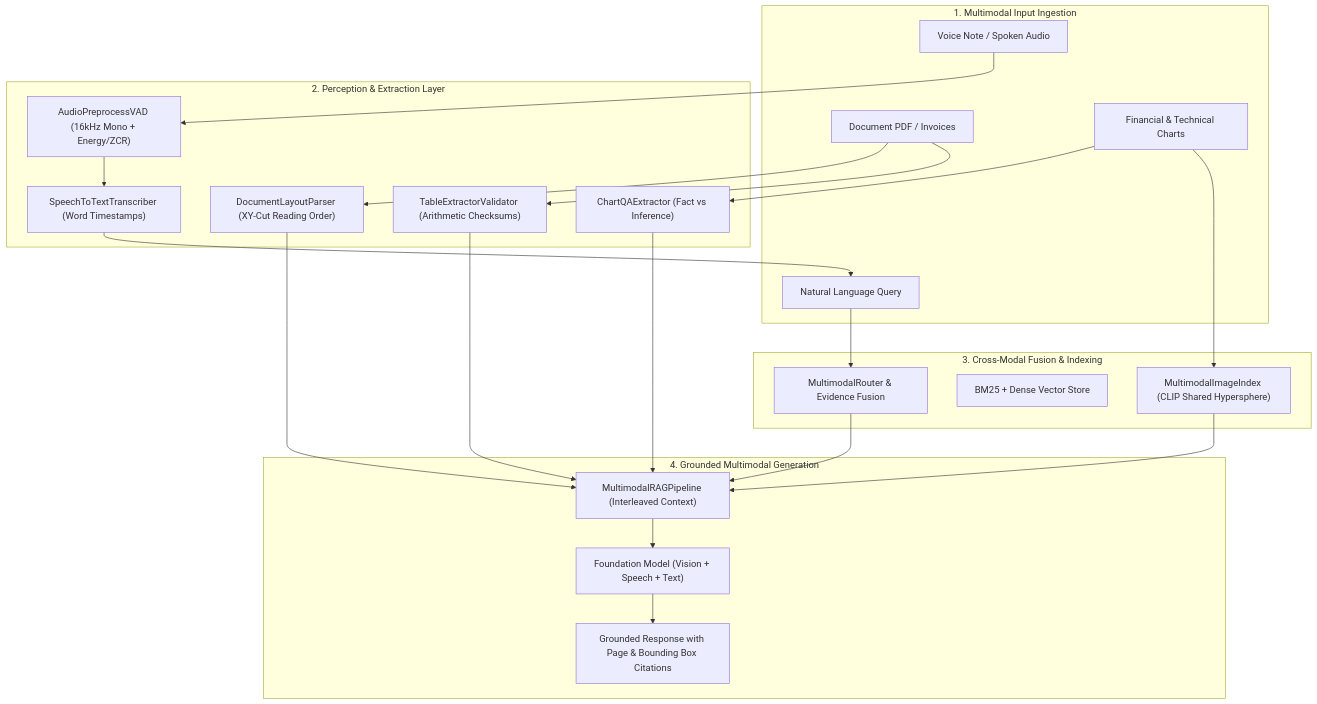
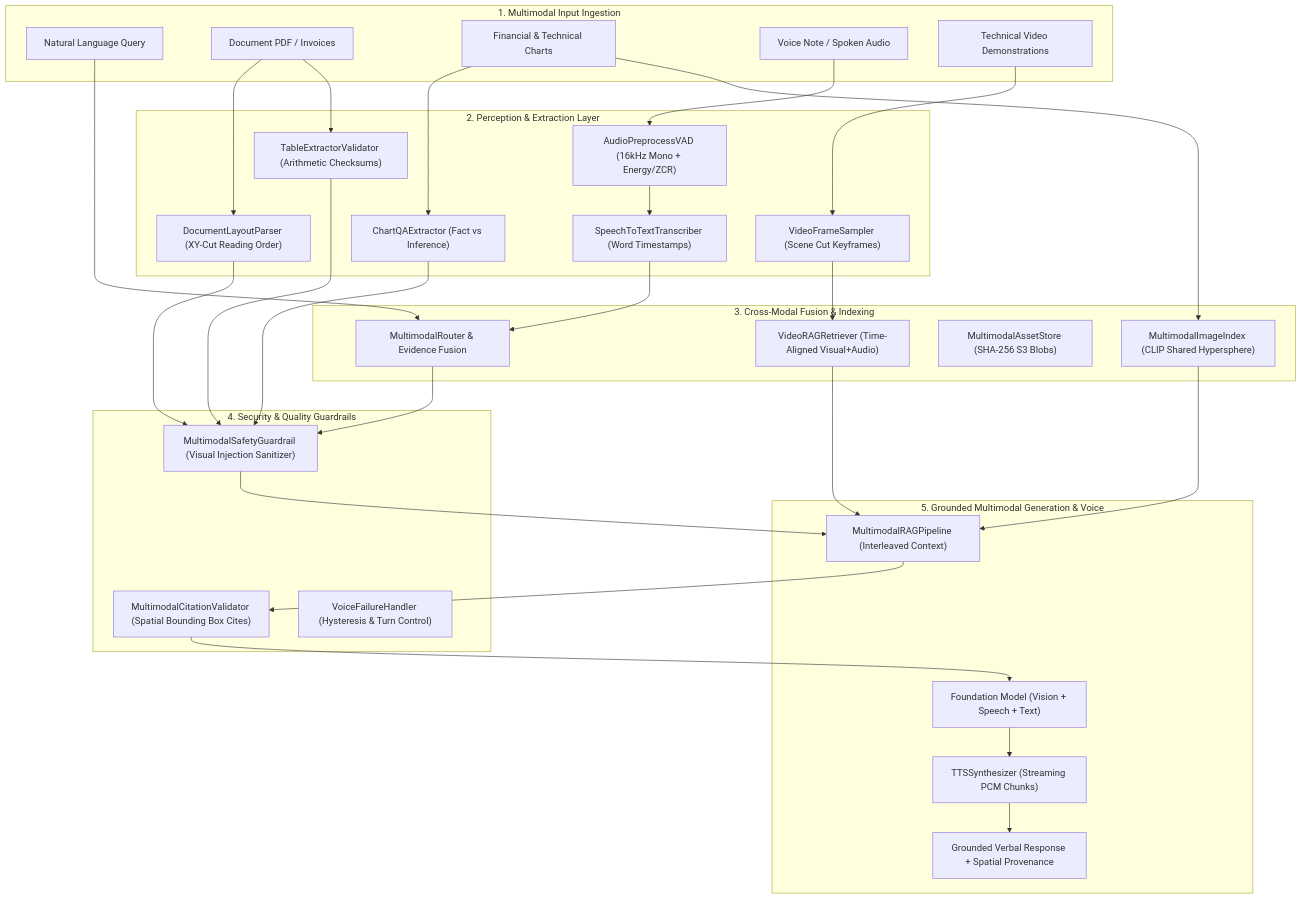
One commit to KUSHALMN/GenAI-Engineer-Roadmap changed the diagram in Month-06/README.md. Above: the diagram before and after it, drawn with Mermaid. The commit also changed other lines of this file, not shown here.

Commit message:
docs(m06): finalize Month-06 curriculum documentation and multimodal system architecture

````diff
--- a/Month-06/README.md
+++ b/Month-06/README.md
@@ -11,47 +11,63 @@
 ```mermaid
 flowchart TD
     subgraph Inputs["1. Multimodal Input Ingestion"]
         TextQuery["Natural Language Query"]
         DocPDF["Document PDF / Invoices"]
         ChartImg["Financial & Technical Charts"]
         VoiceAudio["Voice Note / Spoken Audio"]
+        VideoClip["Technical Video Demonstrations"]
     end
 
     subgraph Perception["2. Perception & Extraction Layer"]
         LayoutParser["DocumentLayoutParser (XY-Cut Reading Order)"]
         TableVal["TableExtractorValidator (Arithmetic Checksums)"]
         ChartQA["ChartQAExtractor (Fact vs Inference)"]
         AudioVAD["AudioPreprocessVAD (16kHz Mono + Energy/ZCR)"]
         WhisperSTT["SpeechToTextTranscriber (Word Timestamps)"]
+        VideoSampler["VideoFrameSampler (Scene Cut Keyframes)"]
     end
 
     subgraph Indexing["3. Cross-Modal Fusion & Indexing"]
         CLIPIndex["MultimodalImageIndex (CLIP Shared Hypersphere)"]
-        TextIndex["BM25 + Dense Vector Store"]
+        VideoRAG["VideoRAGRetriever (Time-Aligned Visual+Audio)"]
+        AssetVault["MultimodalAssetStore (SHA-256 S3 Blobs)"]
         FusionEngine["MultimodalRouter & Evidence Fusion"]
     end
 
-    subgraph Synthesis["4. Grounded Multimodal Generation"]
+    subgraph Defense["4. Security & Quality Guardrails"]
+        SafetyGate["MultimodalSafetyGuardrail (Visual Injection Sanitizer)"]
+        CitationVal["MultimodalCitationValidator (Spatial Bounding Box Cites)"]
+        VoiceFallback["VoiceFailureHandler (Hysteresis & Turn Control)"]
+    end
+
+    subgraph Synthesis["5. Grounded Multimodal Generation & Voice"]
         MMRAG["MultimodalRAGPipeline (Interleaved Context)"]
         LLM["Foundation Model (Vision + Speech + Text)"]
-        Output["Grounded Response with Page & Bounding Box Citations"]
+        TTSSynth["TTSSynthesizer (Streaming PCM Chunks)"]
+        Output["Grounded Verbal Response + Spatial Provenance"]
     end
 
     DocPDF --> LayoutParser
     DocPDF --> TableVal
     ChartImg --> ChartQA
     ChartImg --> CLIPIndex
     VoiceAudio --> AudioVAD
     AudioVAD --> WhisperSTT
-    WhisperSTT --> TextQuery
+    VideoClip --> VideoSampler
+    VideoSampler --> VideoRAG
 
-    LayoutParser --> MMRAG
-    TableVal --> MMRAG
-    ChartQA --> MMRAG
+    LayoutParser --> SafetyGate
+    TableVal --> SafetyGate
+    ChartQA --> SafetyGate
     CLIPIndex --> MMRAG
+    VideoRAG --> MMRAG
+    WhisperSTT --> FusionEngine
     TextQuery --> FusionEngine
-    FusionEngine --> MMRAG
+    FusionEngine --> SafetyGate
 
-    MMRAG --> LLM
-    LLM --> Output
+    SafetyGate --> MMRAG
+    MMRAG --> CitationVal
+    CitationVal --> LLM
+    LLM --> TTSSynth
+    TTSSynth --> Output
 ```
````
